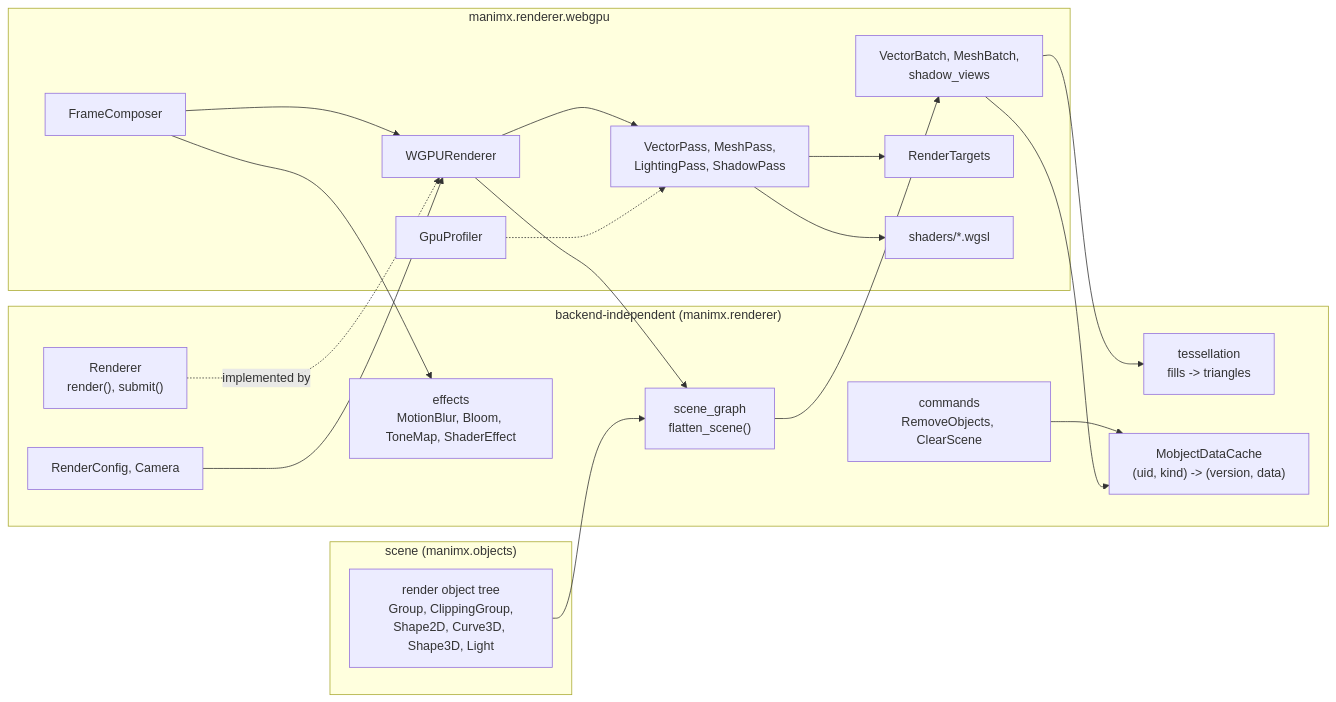
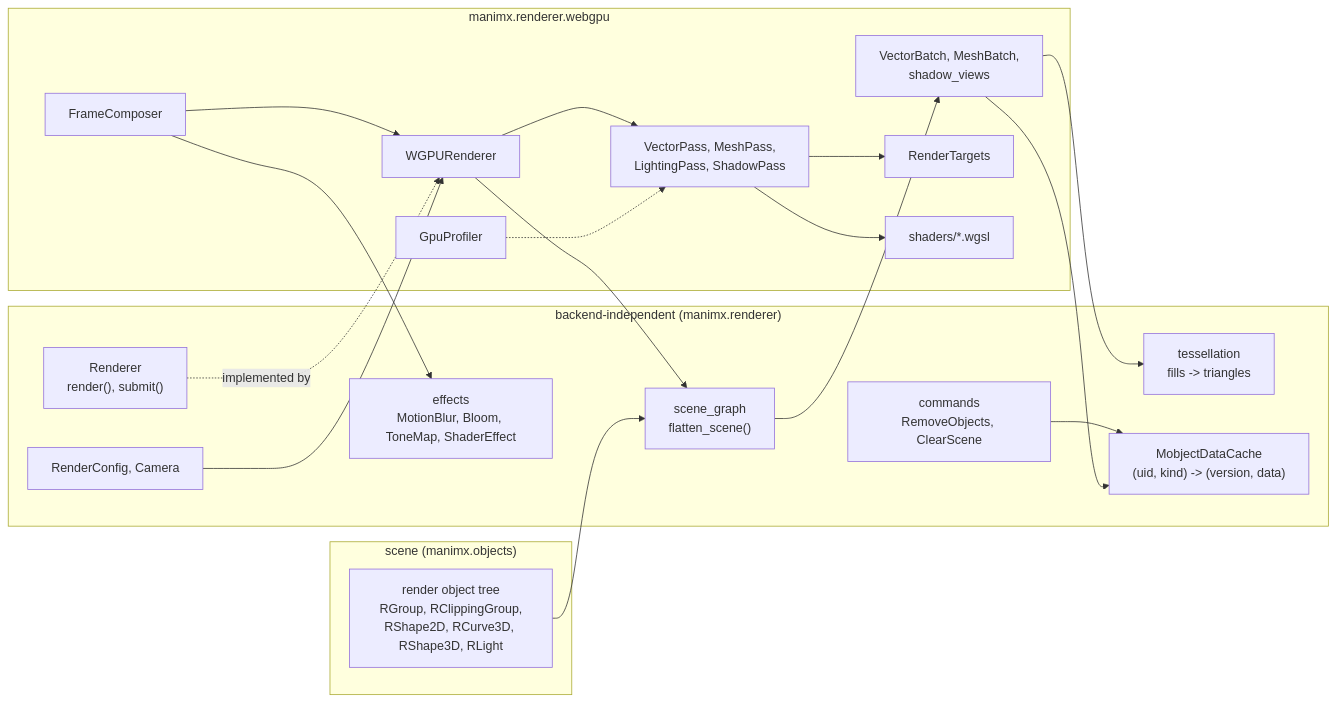
One commit to MrDiver/manim changed the first of 6 diagrams in manimx/manimx/renderer/README.md. Above: the diagram before and after it, drawn with Mermaid. The commit also changed other lines of this file and 52 other files, not shown here.

````diff
--- a/manimx/manimx/renderer/README.md
+++ b/manimx/manimx/renderer/README.md
@@ -158,39 +158,39 @@
 ```mermaid
 flowchart LR
     subgraph Scene["scene (manimx.objects)"]
-        Tree["render object tree<br/>Group, ClippingGroup,<br/>Shape2D, Curve3D, Shape3D, Light"]
+        Tree["render object tree<br/>RGroup, RClippingGroup,<br/>RShape2D, RCurve3D, RShape3D, RLight"]
     end
 
     subgraph Backend["backend-independent (manimx.renderer)"]
         Interface["Renderer<br/>render(), submit()"]
         Graph["scene_graph<br/>flatten_scene()"]
         Tess["tessellation<br/>fills -> triangles"]
         Cache["MobjectDataCache<br/>(uid, kind) -> (version, data)"]
         Commands["commands<br/>RemoveObjects, ClearScene"]
         Config["RenderConfig, Camera"]
         Effects["effects<br/>MotionBlur, Bloom, ToneMap, ShaderEffect"]
     end
 
     subgraph WebGPU["manimx.renderer.webgpu"]
         Renderer["WGPURenderer"]
         Composer["FrameComposer"]
         Batches["VectorBatch, MeshBatch,<br/>shadow_views"]
         Passes["VectorPass, MeshPass,<br/>LightingPass, ShadowPass"]
         Targets["RenderTargets"]
         Profiler["GpuProfiler"]
         Shaders["shaders/*.wgsl"]
     end
 
     Tree --> Graph
     Interface -. implemented by .-> Renderer
     Commands --> Cache
     Renderer --> Graph --> Batches
     Batches --> Tess
     Batches --> Cache
     Renderer --> Passes --> Shaders
     Passes --> Targets
     Composer --> Renderer
     Composer --> Effects
     Config --> Renderer
     Profiler -.-> Passes
 ```
````
